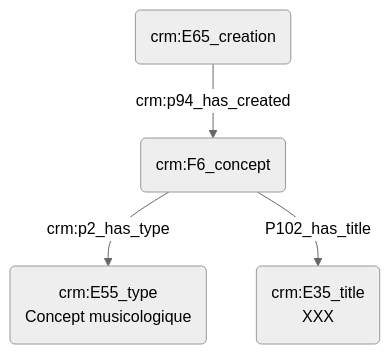
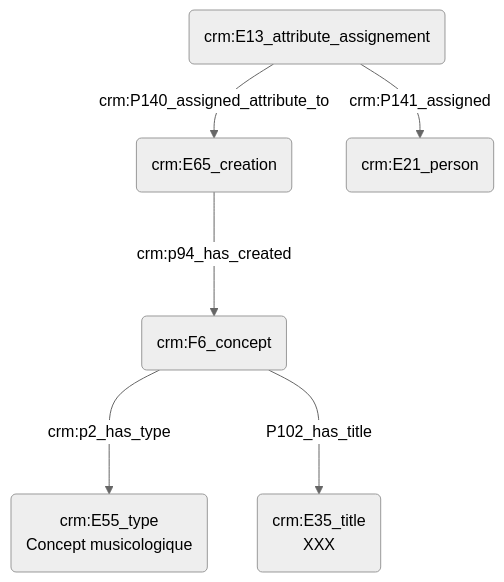
The diagram in modules/indexation_conceptuelle/index.md (Amleth/consortium-musica2-gt2-ontologies), drawn with Mermaid (neutral theme) before and after one commit.

````diff
--- a/modules/indexation_conceptuelle/index.md
+++ b/modules/indexation_conceptuelle/index.md
@@ -3,10 +3,12 @@
 ```mermaid
 graph TD;
 
-B(crm:F6_concept) --> |crm:p2_has_type| C(crm:E55_type<br>Concept musicologique)
-B(crm:F6_concept) --> |P102_has_title| D(crm:E35_title<br>XXX)
-E(crm:E65_creation) -->|crm:p94_has_created| B(crm:F6_concept)
+B(crm:F6_concept) ---> |crm:p2_has_type| C(crm:E55_type<br>Concept musicologique)
+B(crm:F6_concept) ---> |P102_has_title| D(crm:E35_title<br>XXX)
+E(crm:E65_creation) --->|crm:p94_has_created| B(crm:F6_concept)
 
-	
+
+F(crm:E13_attribute_assignement) --> |crm:P140_assigned_attribute_to| E(crm:E65_creation)
+F(crm:E13_attribute_assignement) --> |crm:P141_assigned| G(crm:E21_person)
 
 ```
````
